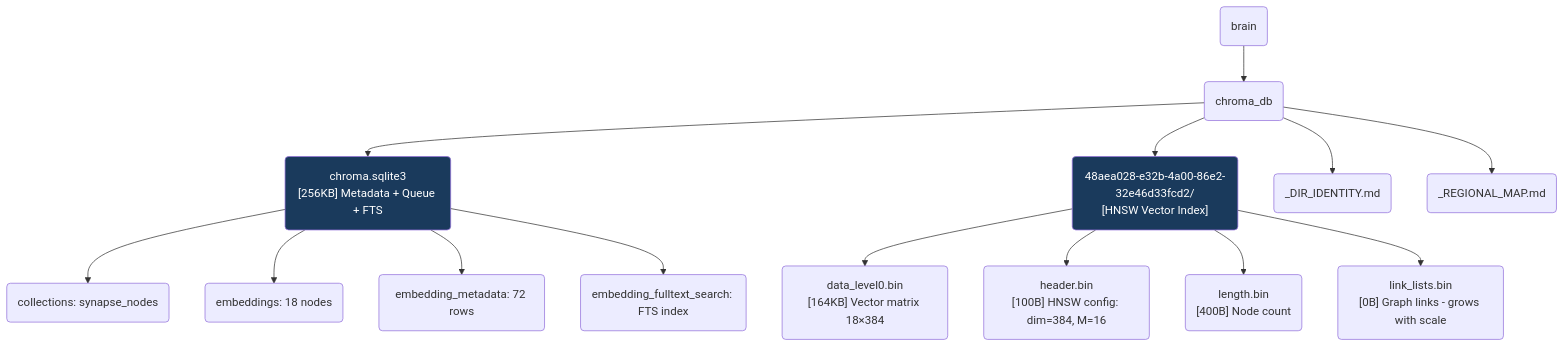
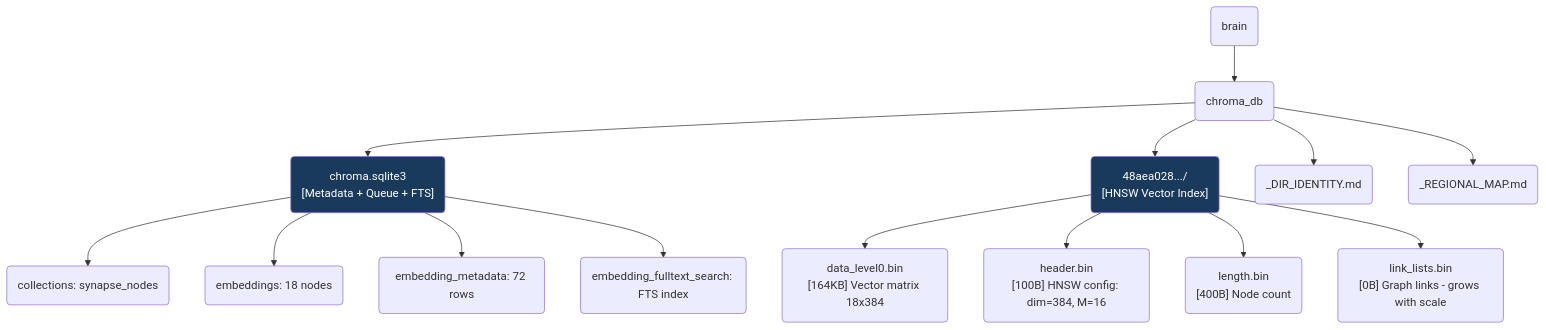
One commit to LongLeo287/OmniClaw changed the diagram in brain/chroma_db/_DIR_IDENTITY.md. Above: the diagram before and after it, drawn with Mermaid. The commit also changed other lines of this file and 1 other file, not shown here.

Commit message:
docs(brain/chroma_db): Translate English documentation and map for Semantic Memory DB

````diff
--- a/brain/chroma_db/_DIR_IDENTITY.md
+++ b/brain/chroma_db/_DIR_IDENTITY.md
@@ -33,22 +33,22 @@
 ```mermaid
 graph TD
   Parent("brain") --> Node("chroma_db")
 
-  Node --> DB("chroma.sqlite3<br/>[256KB] Metadata + Queue + FTS")
-  Node --> HNSW("48aea028-e32b-4a00-86e2-32e46d33fcd2/<br/>[HNSW Vector Index]")
+  Node --> DB("chroma.sqlite3<br/>[Metadata + Queue + FTS]")
+  Node --> HNSW("48aea028.../<br/>[HNSW Vector Index]")
   Node --> Identity("_DIR_IDENTITY.md")
   Node --> Map("_REGIONAL_MAP.md")
 
-  HNSW --> H1("data_level0.bin<br/>[164KB] Vector matrix 18×384")
+  HNSW --> H1("data_level0.bin<br/>[164KB] Vector matrix 18x384")
   HNSW --> H2("header.bin<br/>[100B] HNSW config: dim=384, M=16")
   HNSW --> H3("length.bin<br/>[400B] Node count")
   HNSW --> H4("link_lists.bin<br/>[0B] Graph links - grows with scale")
 
   DB --> C1("collections: synapse_nodes")
   DB --> C2("embeddings: 18 nodes")
   DB --> C3("embedding_metadata: 72 rows")
   DB --> C4("embedding_fulltext_search: FTS index")
 
   style HNSW fill:#1a3a5c,color:#fff
   style DB fill:#1a3a5c,color:#fff
 ```
````
